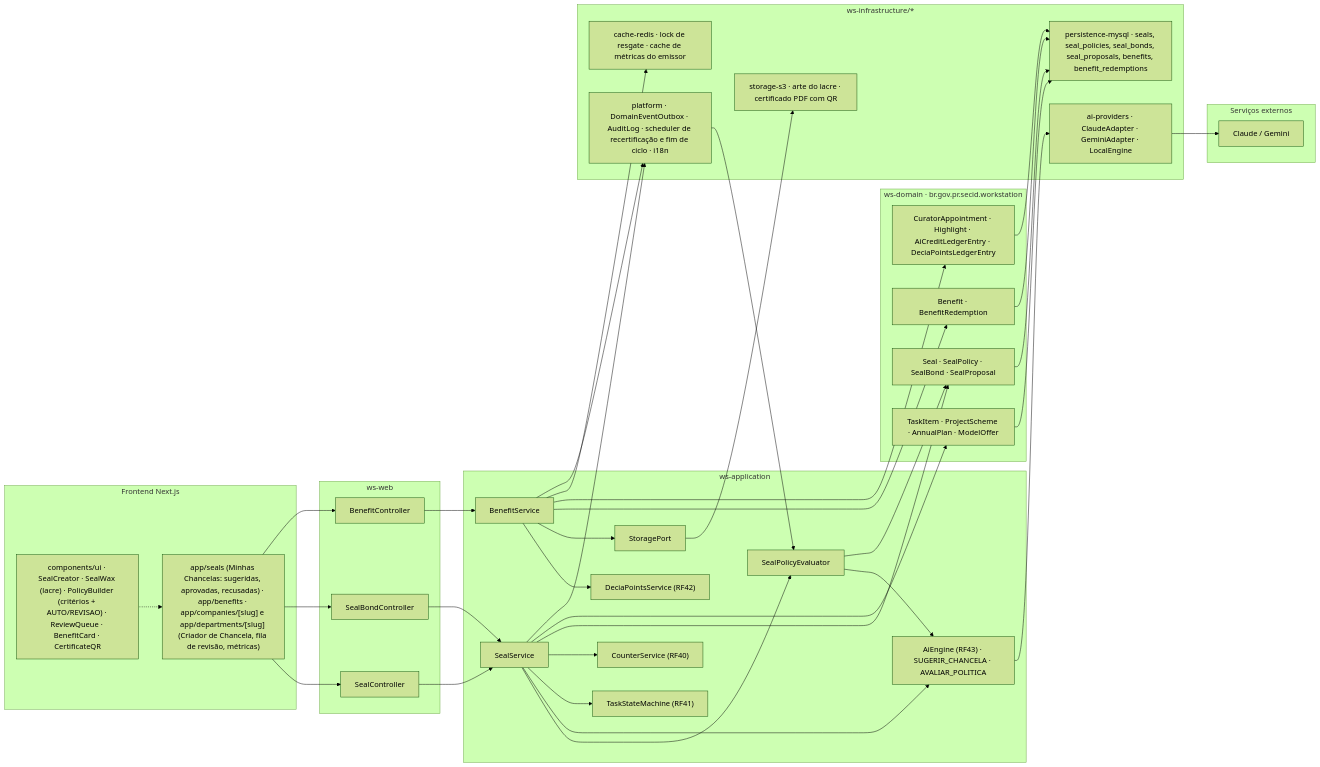
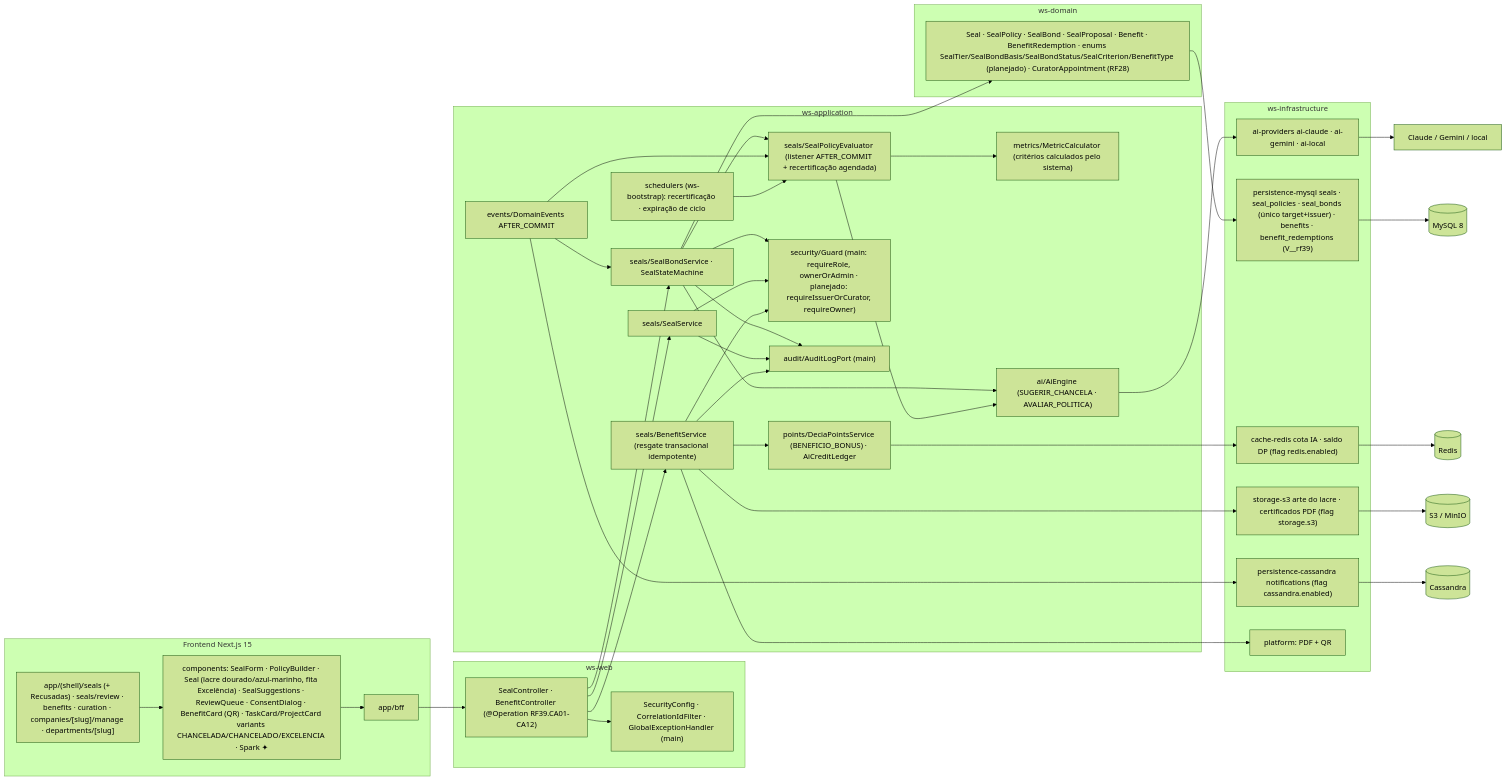
One commit to MatheusHaliski/Decia-app-2026 changed the fifth of 5 diagrams in docs/diagramas/RF39/README.md. Above: the diagram before and after it, drawn with Mermaid (forest theme). The commit also changed other lines of this file and 2 other files, not shown here.

First line of the commit message:
docs(diagramas): reescreve RF39–RF41 (chancelas e benefícios, Balcão de Modelos, Acervo de Tarefas)

````diff
--- a/docs/diagramas/RF39/README.md
+++ b/docs/diagramas/RF39/README.md
@@ -676,73 +581,60 @@
 ```mermaid
 flowchart LR
-  subgraph FE["Frontend Next.js"]
-    FE1["app/seals (Minhas Chancelas: sugeridas, aprovadas, recusadas) · app/benefits · app/companies/[slug] e app/departments/[slug] (Criador de Chancela, fila de revisão, métricas)"]
-    FE2["components/ui · SealCreator · SealWax (lacre) · PolicyBuilder (critérios + AUTO/REVISAO) · ReviewQueue · BenefitCard · CertificateQR"]
+  subgraph FRONT["Frontend Next.js 15"]
+    R1["app/(shell)/seals (+ Recusadas) · seals/review · benefits · curation · companies/[slug]/manage · departments/[slug]"]
+    R2["components: SealForm · PolicyBuilder · Seal (lacre dourado/azul-marinho, fita Excelência) · SealSuggestions · ReviewQueue · ConsentDialog · BenefitCard (QR) · TaskCard/ProjectCard variants CHANCELADA/CHANCELADO/EXCELENCIA · Spark ✦"]
+    BFF["app/bff"]
+    R1 --> R2 --> BFF
   end
-
   subgraph WEB["ws-web"]
-    C1["SealController"]
-    C2["SealBondController"]
-    C3["BenefitController"]
+    SC["SealController · BenefitController (@Operation RF39.CA01-CA12)"]
+    SEC["SecurityConfig · CorrelationIdFilter · GlobalExceptionHandler (main)"]
   end
-
-  subgraph APP["ws-application"]
-    S1["SealService"]
-    S2["SealPolicyEvaluator"]
-    S3["BenefitService"]
-    S4["AiEngine (RF43) · SUGERIR_CHANCELA · AVALIAR_POLITICA"]
-    S5["TaskStateMachine (RF41)"]
-    S6["CounterService (RF40)"]
-    S7["DeciaPointsService (RF42)"]
-    P1["StoragePort"]
+  subgraph APPL["ws-application"]
+    SS["seals/SealService"]
+    SBS["seals/SealBondService · SealStateMachine"]
+    SPE["seals/SealPolicyEvaluator (listener AFTER_COMMIT + recertificação agendada)"]
+    BS["seals/BenefitService (resgate transacional idempotente)"]
+    MC["metrics/MetricCalculator (critérios calculados pelo sistema)"]
+    DPS["points/DeciaPointsService (BENEFICIO_BONUS) · AiCreditLedger"]
+    AIE["ai/AiEngine (SUGERIR_CHANCELA · AVALIAR_POLITICA)"]
+    GD["security/Guard (main: requireRole, ownerOrAdmin · planejado: requireIssuerOrCurator, requireOwner)"]
+    AUD["audit/AuditLogPort (main)"]
+    DE["events/DomainEvents AFTER_COMMIT"]
+    SCH["schedulers (ws-bootstrap): recertificação · expiração de ciclo"]
   end
-
-  subgraph DOM["ws-domain · br.gov.pr.secid.workstation"]
-    D1["Seal · SealPolicy · SealBond · SealProposal"]
-    D2["Benefit · BenefitRedemption"]
-    D3["CuratorAppointment · Highlight · AiCreditLedgerEntry · DeciaPointsLedgerEntry"]
-    D4["TaskItem · ProjectScheme · AnnualPlan · ModelOffer"]
+  subgraph DOM["ws-domain"]
+    ENT["Seal · SealPolicy · SealBond · SealProposal · Benefit · BenefitRedemption · enums SealTier/SealBondBasis/SealBondStatus/SealCriterion/BenefitType (planejado) · CuratorAppointment (RF28)"]
   end
-
-  subgraph INFRA["ws-infrastructure/*"]
-    I1["persistence-mysql · seals, seal_policies, seal_bonds, seal_proposals, benefits, benefit_redemptions"]
-    I2["cache-redis · lock de resgate · cache de métricas do emissor"]
-    I3["storage-s3 · arte do lacre · certificado PDF com QR"]
-    I4["ai-providers · ClaudeAdapter · GeminiAdapter · LocalEngine"]
-    I5["platform · DomainEventOutbox · AuditLog · scheduler de recertificação e fim de ciclo · i18n"]
+  subgraph INFRA["ws-infrastructure"]
+    MY["persistence-mysql seals · seal_policies · seal_bonds (único target+issuer) · benefits · benefit_redemptions (V__rf39)"]
+    S3A["storage-s3 arte do lacre · certificados PDF (flag storage.s3)"]
+    RD["cache-redis cota IA · saldo DP (flag redis.enabled)"]
+    CASA["persistence-cassandra notifications (flag cassandra.enabled)"]
+    AIP["ai-providers ai-claude · ai-gemini · ai-local"]
+    PLAT["platform: PDF + QR"]
   end
-
-  subgraph EXT["Serviços externos"]
-    X1["Claude / Gemini"]
-  end
-
-  FE1 --> C1
-  FE1 --> C2
-  FE1 --> C3
-  FE2 -.-> FE1
-  C1 --> S1
-  C2 --> S1
-  C3 --> S3
-  S1 --> S2
-  S1 --> S4
-  S2 --> S4
-  S1 --> S5
-  S1 --> S6
-  S3 --> S7
-  S3 --> P1
-  S1 --> D1
-  S2 --> D1
-  S3 --> D2
-  S3 --> D3
-  S1 --> D4
-  D1 --> I1
-  D2 --> I1
-  D3 --> I1
-  D4 --> I1
-  S3 --> I2
-  P1 --> I3
-  S4 --> I4 --> X1
-  I5 --> S2
-  S1 --> I5
-  S3 --> I5
+  BFF --> SC --> SEC
+  SC --> SS
+  SC --> SBS
+  SC --> BS
+  SBS --> SPE --> MC
+  SBS --> AIE
+  SPE --> AIE
+  SBS --> GD
+  SS --> GD
+  BS --> GD
+  BS --> DPS
+  SBS --> AUD
+  SS --> AUD
+  BS --> AUD
+  DE --> SPE
+  DE --> SBS
+  SCH --> SPE
+  SBS --> ENT --> MY --> MYSQL[("MySQL 8")]
+  BS --> S3A --> S3[("S3 / MinIO")]
+  BS --> PLAT
+  DPS --> RD --> REDIS[("Redis")]
+  DE --> CASA --> CASS[("Cassandra")]
+  AIE --> AIP --> AI["Claude / Gemini / local"]
 ```
````
